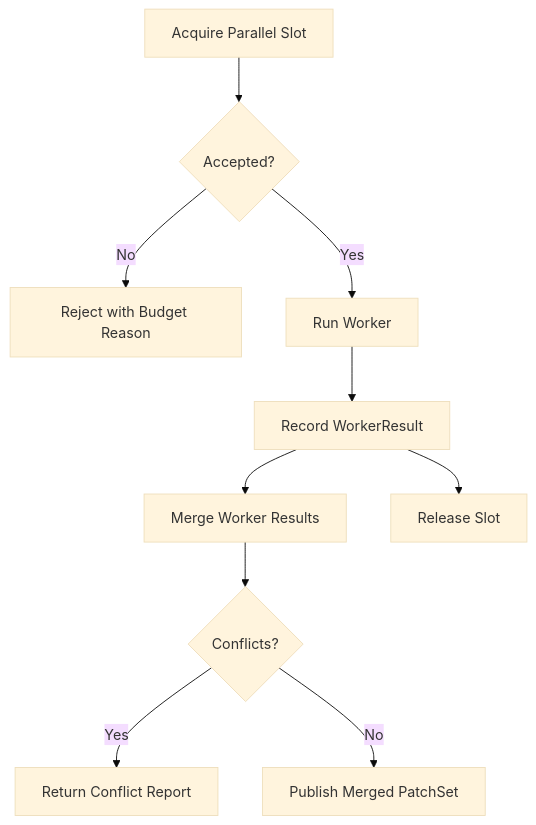
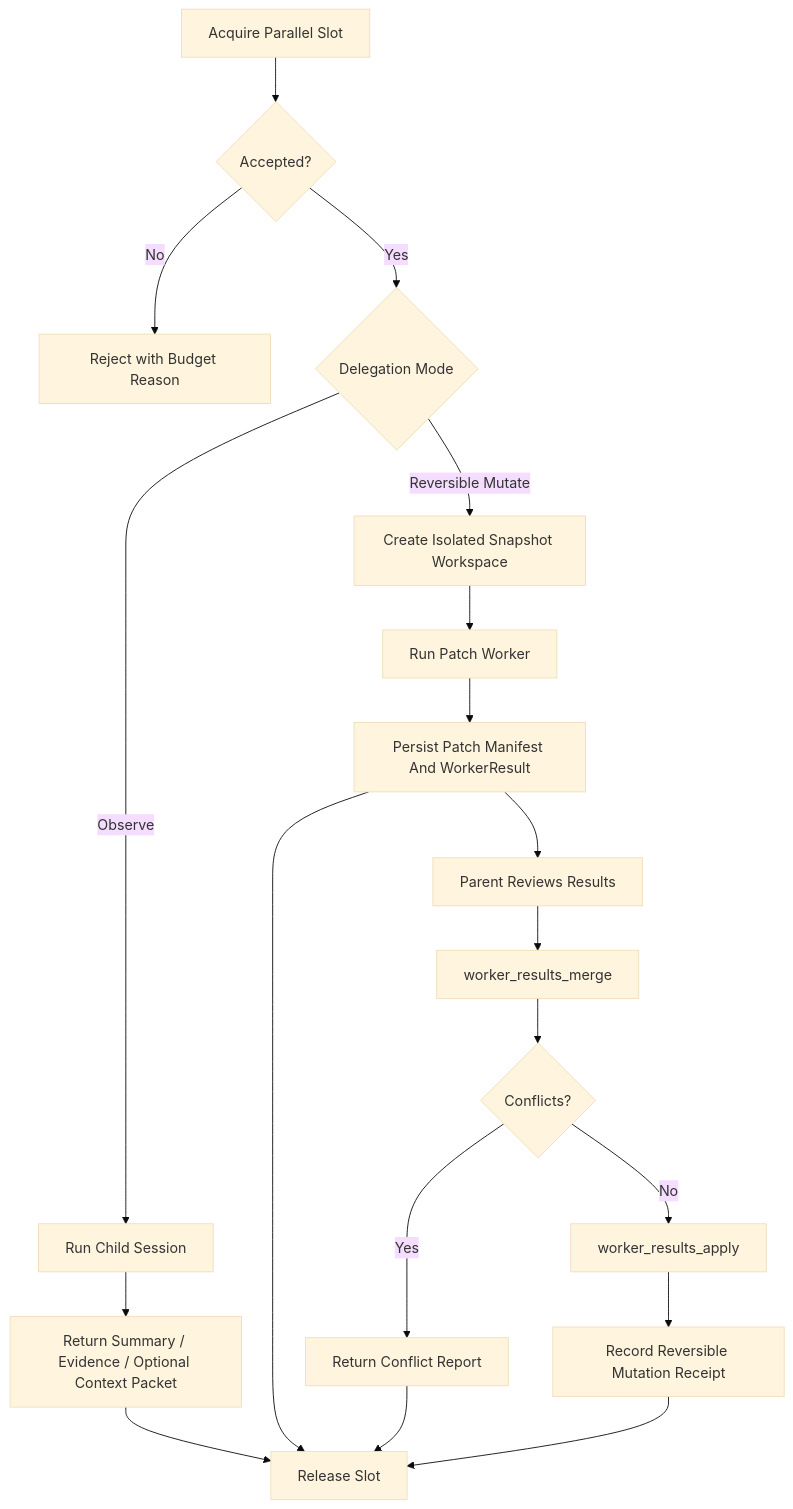
One commit to arcthur/brewva changed the diagram in docs/journeys/background-and-parallelism.md. Above: the diagram before and after it, drawn with Mermaid (base theme). The commit also changed other lines of this file and 66 other files, not shown here.

````diff
--- a/docs/journeys/background-and-parallelism.md
+++ b/docs/journeys/background-and-parallelism.md
@@ -7,12 +8,21 @@
 ```mermaid
 flowchart TD
   A["Acquire Parallel Slot"] --> B{"Accepted?"}
   B -->|No| C["Reject with Budget Reason"]
-  B -->|Yes| D["Run Worker"]
-  D --> E["Record WorkerResult"]
-  E --> F["Merge Worker Results"]
-  F --> G{"Conflicts?"}
-  G -->|Yes| H["Return Conflict Report"]
-  G -->|No| I["Publish Merged PatchSet"]
-  E --> J["Release Slot"]
+  B -->|Yes| D{"Delegation Mode"}
+  D -->|Observe| E["Run Child Session"]
+  D -->|Reversible Mutate| F["Create Isolated Snapshot Workspace"]
+  F --> G["Run Patch Worker"]
+  E --> H["Return Summary / Evidence / Optional Context Packet"]
+  G --> I["Persist Patch Manifest And WorkerResult"]
+  I --> J["Parent Reviews Results"]
+  J --> K["worker_results_merge"]
+  K --> L{"Conflicts?"}
+  L -->|Yes| M["Return Conflict Report"]
+  L -->|No| N["worker_results_apply"]
+  N --> O["Record Reversible Mutation Receipt"]
+  H --> P["Release Slot"]
+  I --> P
+  M --> P
+  O --> P
 ```
````
